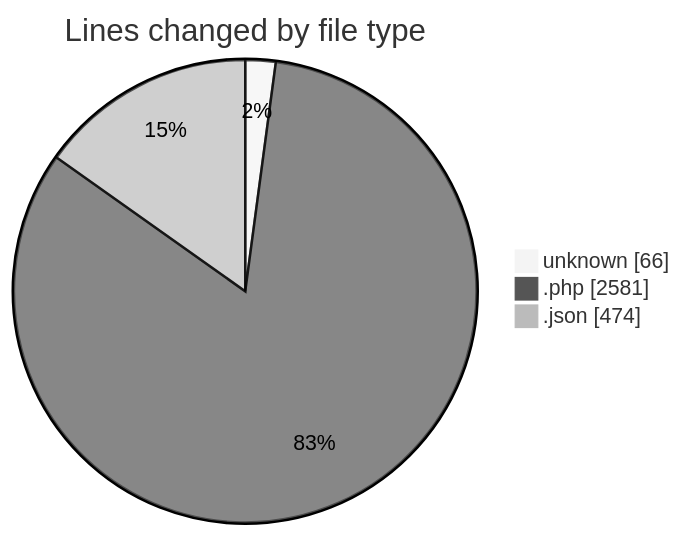
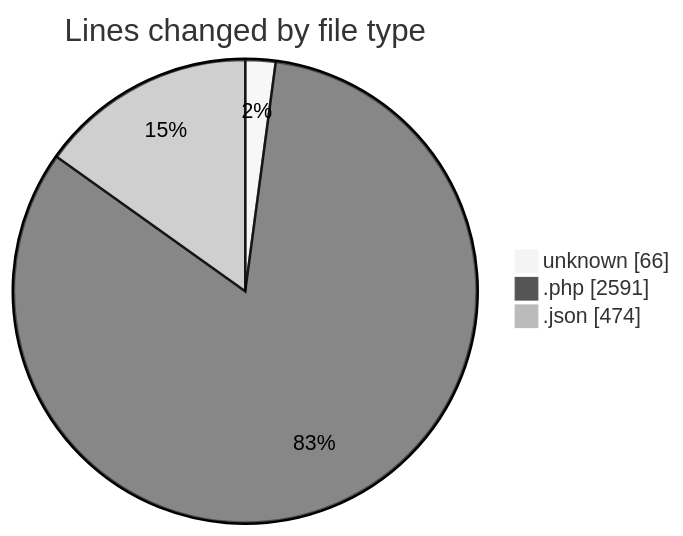
Before and after one commit to idhammustaqopulfikri/code-tracking: the first of 2 diagrams in 2025-05-27/studio-backend/README.md, drawn with Mermaid (neutral theme). The commit also changed other lines of this file and 1 other file, not shown here.

````diff
--- a/2025-05-27/studio-backend/README.md
+++ b/2025-05-27/studio-backend/README.md
@@ -54,7 +54,7 @@
 ```mermaid
 pie showData
 title Lines changed by file type
 "unknown" : 66
-".php" : 2581
+".php" : 2591
 ".json" : 474
 ```
````
